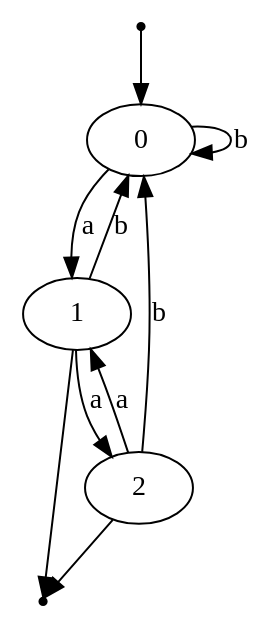
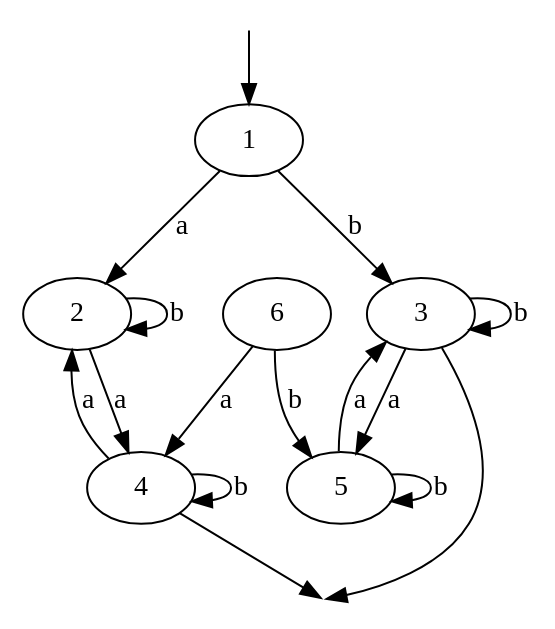
One commit to omarelhorre/automate changed the diagram in demo.dot. Above: the diagram before and after it, drawn with Graphviz. The commit also changed 7 other files, not shown here.

```diff
--- a/demo.dot
+++ b/demo.dot
@@ -1,13 +1,19 @@
 digraph G {
-    init [shape=point];
-    fin [shape=point];
-    init -> 0;
-    0 -> 0 [label="b"];
-    0 -> 1 [label="a"];
-    1 -> 0 [label="b"];
-    1 -> 2 [label="a"];
-    2 -> 0 [label="b"];
-    2 -> 1 [label="a"];
-    2 -> fin;
-    1 -> fin;
+init [shape=point shape=point style=filled, fillcolor=white color=white];
+fin [shape=point shape=point style=filled, fillcolor=white color=white];
+init -> 1;
+1 -> 2 [label="a"];
+1 -> 3 [label="b"];
+2 -> 2 [label="b"];
+3 -> 3 [label="b"];
+2 -> 4 [label="a"];
+4 -> 2 [label="a"];
+4 -> 4 [label="b"];
+3 -> 5 [label="a"];
+5 -> 3 [label="a"];
+5 -> 5 [label="b"];
+6 -> 4 [label="a"];
+6 -> 5 [label="b"];
+3 -> fin;
+4 -> fin;
 }
```
